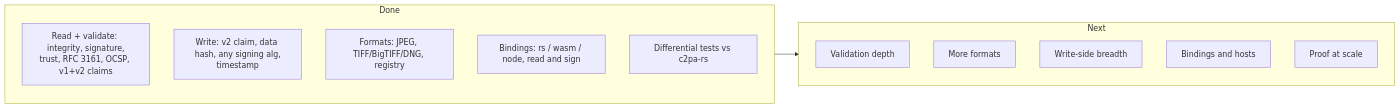
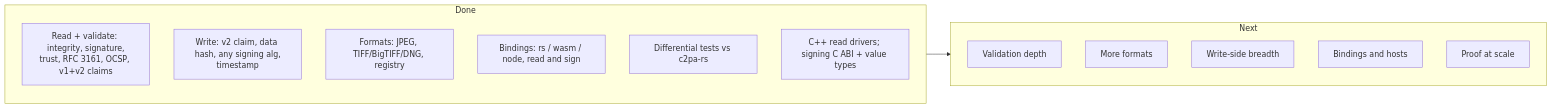
The diagram in docs/walkthrough/09-future.md (scouten/state-machine-experiment), drawn with Mermaid before and after one commit. The commit also changed other lines of this file and 10 other files, not shown here.

First line of the commit message:
feat(cpp): implement phase-two signing ABI and tests

````diff
--- a/docs/walkthrough/09-future.md
+++ b/docs/walkthrough/09-future.md
@@ -8,20 +8,21 @@
 ```mermaid
 flowchart LR
     subgraph done["Done"]
         direction TB
         d1["Read + validate: integrity, signature,<br/>trust, RFC 3161, OCSP, v1+v2 claims"]
         d2["Write: v2 claim, data hash, any signing alg,<br/>timestamp"]
         d3["Formats: JPEG, TIFF/BigTIFF/DNG, registry"]
         d4["Bindings: rs / wasm / node, read and sign"]
         d5["Differential tests vs c2pa-rs"]
+        d6["C++ read drivers; signing C ABI + value types"]
     end
     subgraph next["Next"]
         direction TB
         n1["Validation depth"]
         n2["More formats"]
         n3["Write-side breadth"]
         n4["Bindings and hosts"]
         n5["Proof at scale"]
     end
     done --> next
 ```
````
